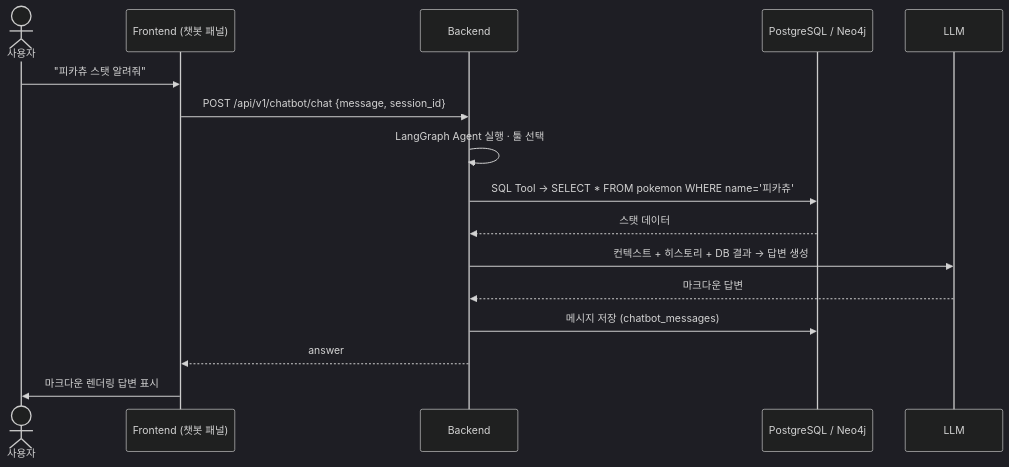
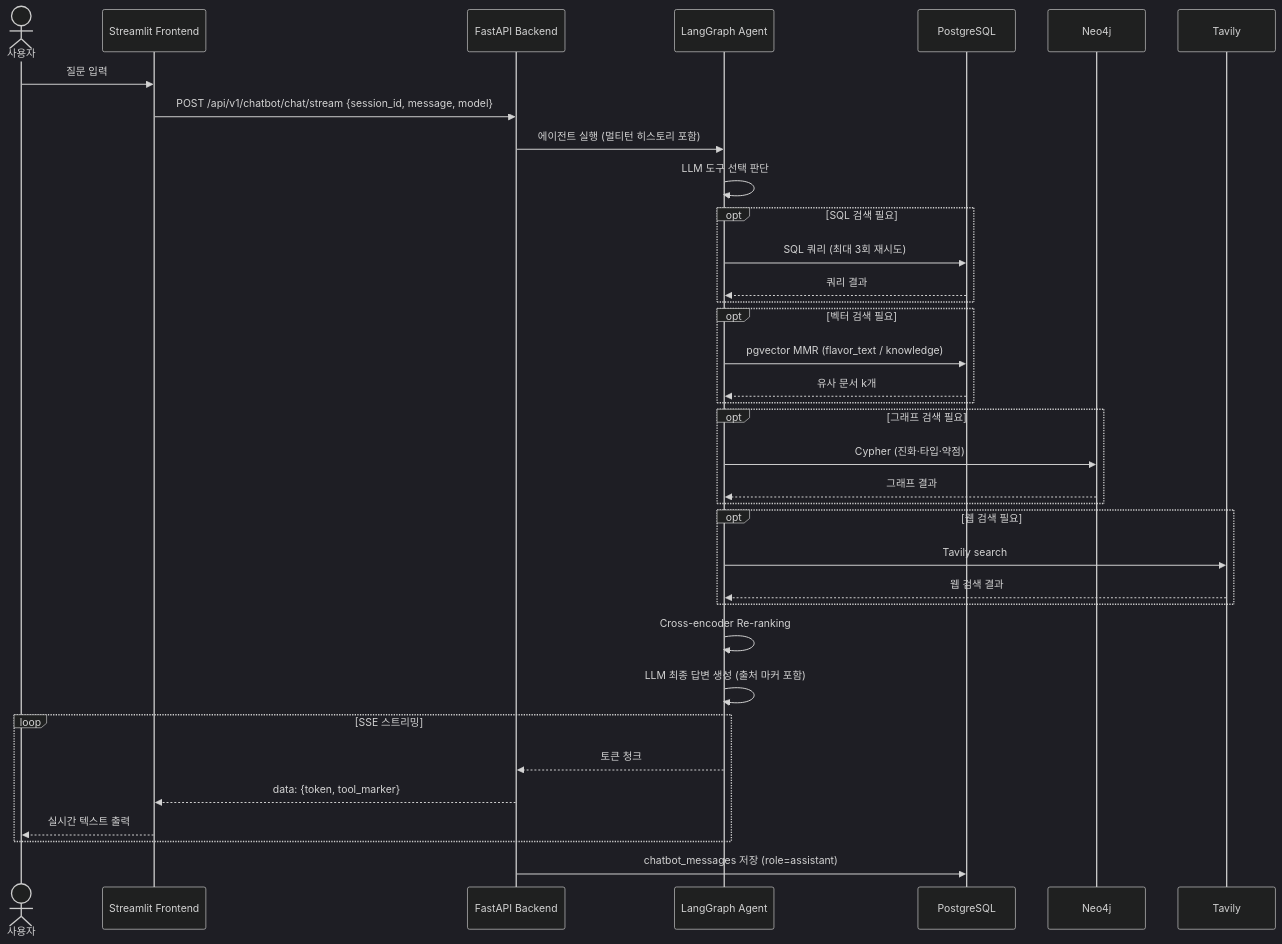
One commit to SKNETWORKS-FAMILY-AICAMP/SKN27-3rd-3TEAM changed the sixth of 7 diagrams in wiki/AI-Pipeline.md. Above: the diagram before and after it, drawn with Mermaid (dark theme). The commit also changed other lines of this file and 13 other files, not shown here.

````diff
--- a/wiki/AI-Pipeline.md
+++ b/wiki/AI-Pipeline.md
@@ -147,19 +359,43 @@
 ```mermaid
 sequenceDiagram
-    actor User as 사용자
-    participant FE as Frontend (챗봇 패널)
-    participant BE as Backend
-    participant DB as PostgreSQL / Neo4j
-    participant LLM as LLM
+    actor U as 사용자
+    participant FE as Streamlit Frontend
+    participant BE as FastAPI Backend
+    participant AG as LangGraph Agent
+    participant PG as PostgreSQL
+    participant Neo as Neo4j
+    participant WEB as Tavily
 
-    User->>FE: "피카츄 스탯 알려줘"
-    FE->>BE: POST /api/v1/chatbot/chat {message, session_id}
-    BE->>BE: LangGraph Agent 실행 · 툴 선택
-    BE->>DB: SQL Tool → SELECT * FROM pokemon WHERE name='피카츄'
-    DB-->>BE: 스탯 데이터
-    BE->>LLM: 컨텍스트 + 히스토리 + DB 결과 → 답변 생성
-    LLM-->>BE: 마크다운 답변
-    BE->>DB: 메시지 저장 (chatbot_messages)
-    BE-->>FE: answer
-    FE->>User: 마크다운 렌더링 답변 표시
+    U->>FE: 질문 입력
+    FE->>BE: POST /api/v1/chatbot/chat/stream {session_id, message, model}
+    BE->>AG: 에이전트 실행 (멀티턴 히스토리 포함)
+    AG->>AG: LLM 도구 선택 판단
+
+    opt SQL 검색 필요
+        AG->>PG: SQL 쿼리 (최대 3회 재시도)
+        PG-->>AG: 쿼리 결과
+    end
+    opt 벡터 검색 필요
+        AG->>PG: pgvector MMR (flavor_text / knowledge)
+        PG-->>AG: 유사 문서 k개
+    end
+    opt 그래프 검색 필요
+        AG->>Neo: Cypher (진화·타입·약점)
+        Neo-->>AG: 그래프 결과
+    end
+    opt 웹 검색 필요
+        AG->>WEB: Tavily search
+        WEB-->>AG: 웹 검색 결과
+    end
+
+    AG->>AG: Cross-encoder Re-ranking
+    AG->>AG: LLM 최종 답변 생성 (출처 마커 포함)
+
+    loop SSE 스트리밍
+        AG-->>BE: 토큰 청크
+        BE-->>FE: data: {token, tool_marker}
+        FE-->>U: 실시간 텍스트 출력
+    end
+
+    BE->>PG: chatbot_messages 저장 (role=assistant)
 ```
````
